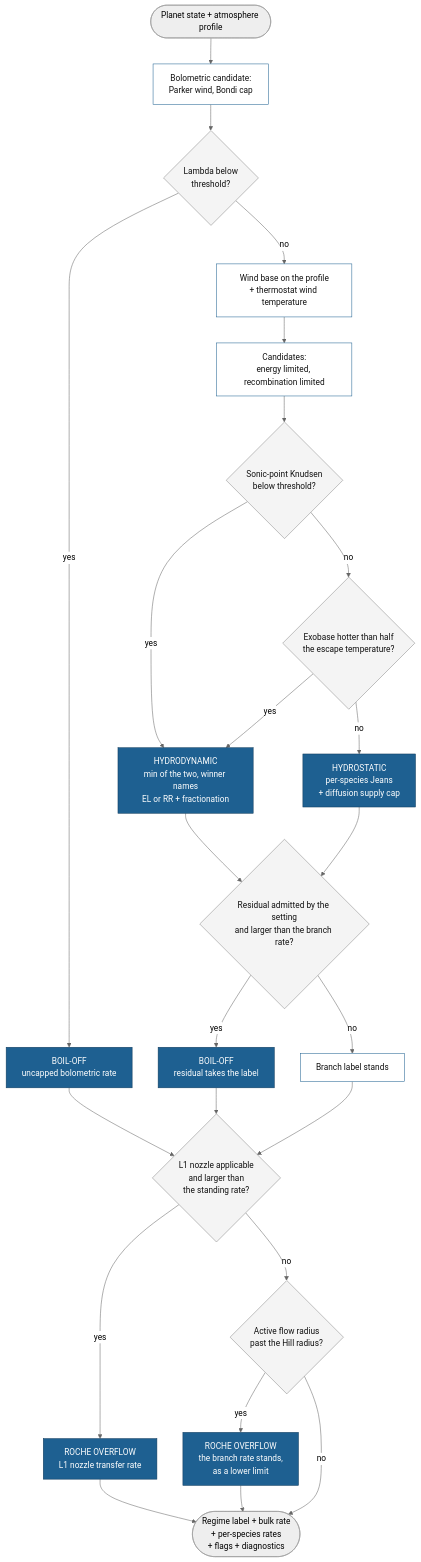
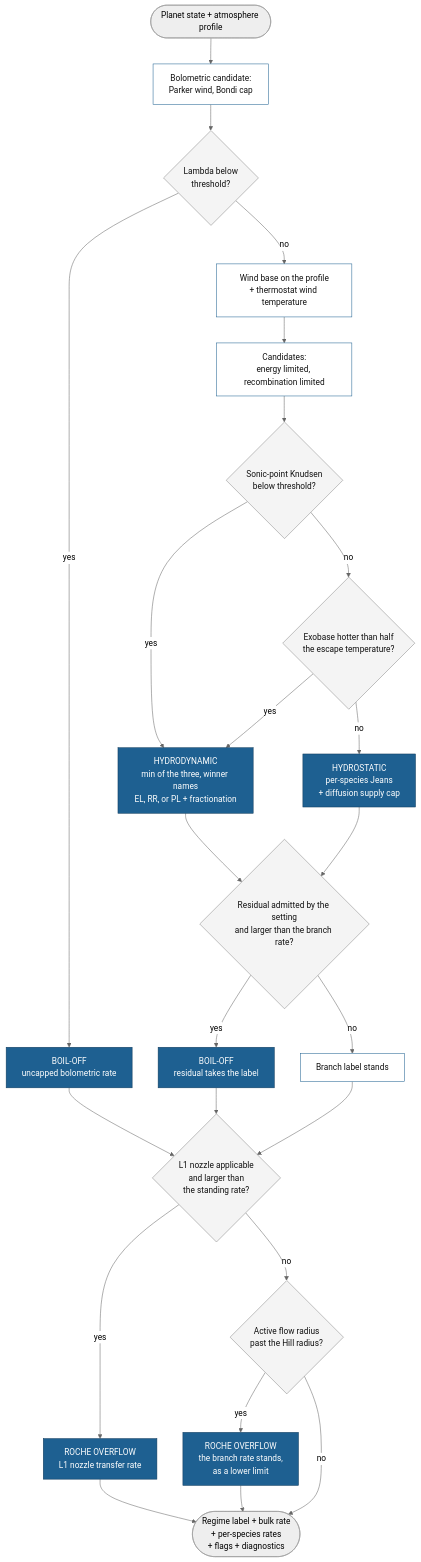
Before and after one commit to FormingWorlds/ZEPHYRUS: the diagram in docs/Explanations/regimes.md, drawn with Mermaid (neutral theme). The commit also changed other lines of this file and 12 other files, not shown here.

````diff
--- a/docs/Explanations/regimes.md
+++ b/docs/Explanations/regimes.md
@@ -16,32 +16,32 @@
 ```mermaid
 flowchart TD
     IN(["Planet state + atmosphere profile"]) --> BOLO["Bolometric candidate:<br/>Parker wind, Bondi cap"]
     BOLO --> Q1{"Lambda below<br/>threshold?"}
     Q1 -- yes --> BO["BOIL-OFF<br/>uncapped bolometric rate"]
     Q1 -- no --> BASE["Wind base on the profile<br/>+ thermostat wind temperature"]
     BASE --> HYD["Candidates:<br/>energy limited, recombination limited"]
     HYD --> Q2{"Sonic-point Knudsen<br/>below threshold?"}
-    Q2 -- yes --> HD["HYDRODYNAMIC<br/>min of the two, winner names<br/>EL or RR + fractionation"]
+    Q2 -- yes --> HD["HYDRODYNAMIC<br/>min of the three, winner names<br/>EL, RR, or PL + fractionation"]
     Q2 -- no --> Q3{"Exobase hotter than half<br/>the escape temperature?"}
     Q3 -- yes --> HD
     Q3 -- no --> HS["HYDROSTATIC<br/>per-species Jeans<br/>+ diffusion supply cap"]
     BO --> QN
     HD --> Q4{"Residual admitted by the setting<br/>and larger than the branch rate?"}
     HS --> Q4
     Q4 -- yes --> BO2["BOIL-OFF<br/>residual takes the label"]
     Q4 -- no --> KEEP["Branch label stands"]
     BO2 --> QN{"L1 nozzle applicable<br/>and larger than<br/>the standing rate?"}
     KEEP --> QN
     QN -- yes --> RN["ROCHE OVERFLOW<br/>L1 nozzle transfer rate"]
     QN -- no --> Q5{"Active flow radius<br/>past the Hill radius?"}
     Q5 -- yes --> RO["ROCHE OVERFLOW<br/>the branch rate stands,<br/>as a lower limit"]
     Q5 -- no --> OUT(["Regime label + bulk rate<br/>+ per-species rates<br/>+ flags + diagnostics"])
     RN --> OUT
     RO --> OUT
     classDef regime fill:#1e6091,stroke:#0f3a5c,color:#ffffff
     classDef decision fill:#f4f4f4,stroke:#888888,color:#111111
     classDef stage fill:#ffffff,stroke:#1e6091,color:#111111
     class BO,BO2,HD,HS,RN,RO regime
     class Q1,Q2,Q3,Q4,QN,Q5 decision
     class BOLO,BASE,HYD,KEEP stage
 ```
````
